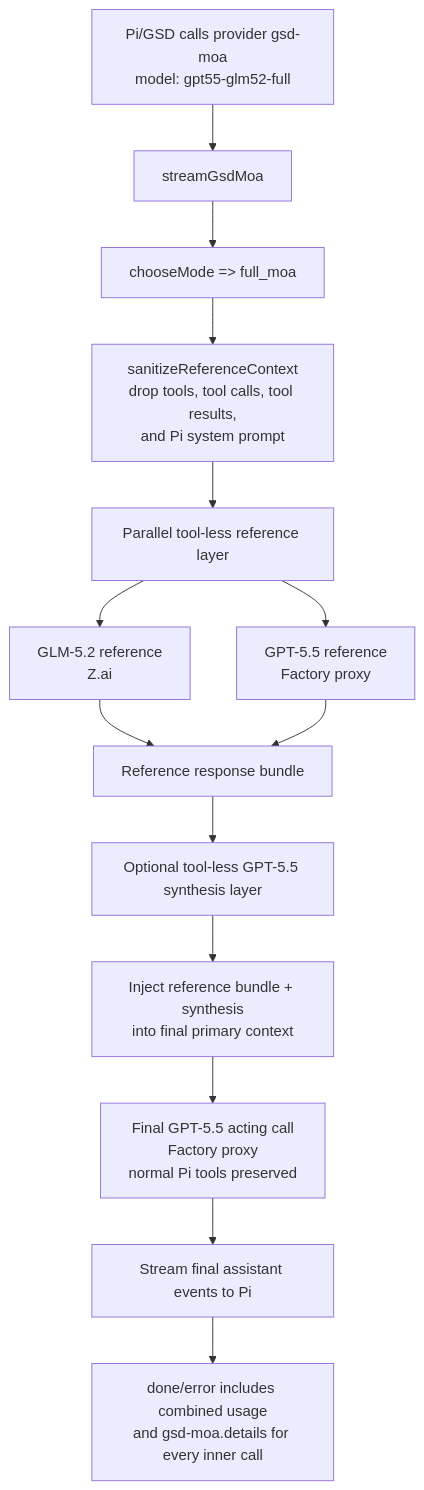
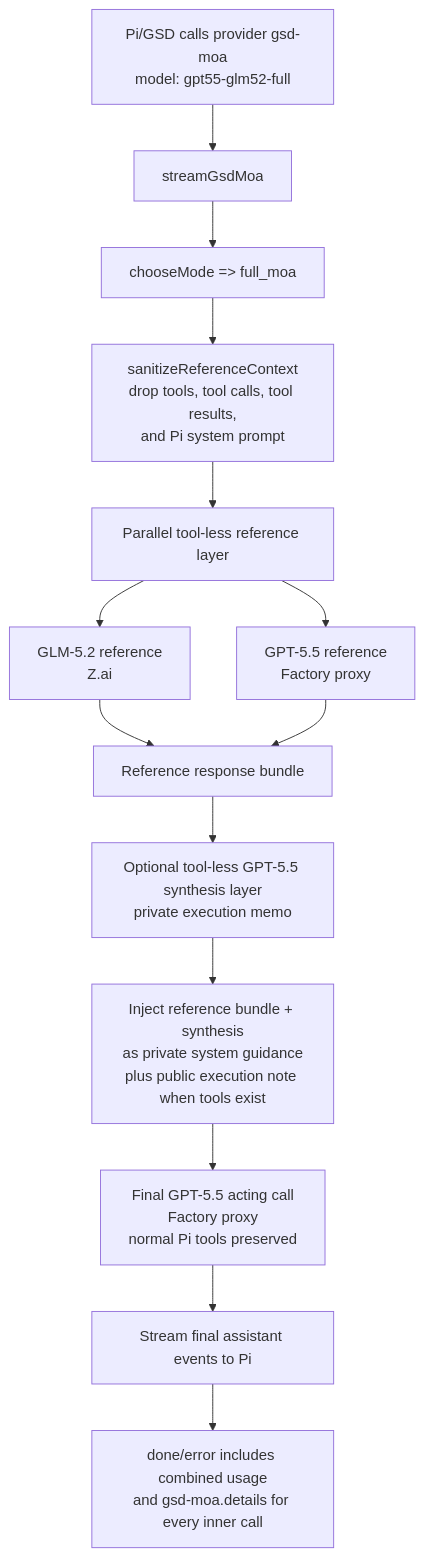
The first of 2 diagrams in docs/FULL-MOA.md (manthedan/gsd-moa), drawn with Mermaid before and after one commit. The commit also changed other lines of this file and 8 other files, not shown here.

````diff
--- a/docs/FULL-MOA.md
+++ b/docs/FULL-MOA.md
@@ -5,16 +5,16 @@
 ```mermaid
 flowchart TD
   A[Pi/GSD calls provider gsd-moa<br/>model: gpt55-glm52-full] --> B[streamGsdMoa]
   B --> C[chooseMode => full_moa]
   C --> D[sanitizeReferenceContext<br/>drop tools, tool calls, tool results,<br/>and Pi system prompt]
   D --> E[Parallel tool-less reference layer]
   E --> E1[GLM-5.2 reference<br/>Z.ai]
   E --> E2[GPT-5.5 reference<br/>Factory proxy]
   E1 --> F[Reference response bundle]
   E2 --> F
-  F --> G[Optional tool-less GPT-5.5 synthesis layer]
-  G --> H[Inject reference bundle + synthesis<br/>into final primary context]
+  F --> G[Optional tool-less GPT-5.5 synthesis layer<br/>private execution memo]
+  G --> H[Inject reference bundle + synthesis<br/>as private system guidance<br/>plus public execution note when tools exist]
   H --> I[Final GPT-5.5 acting call<br/>Factory proxy<br/>normal Pi tools preserved]
   I --> J[Stream final assistant events to Pi]
   J --> K[done/error includes combined usage<br/>and gsd-moa.details for every inner call]
 ```
````
